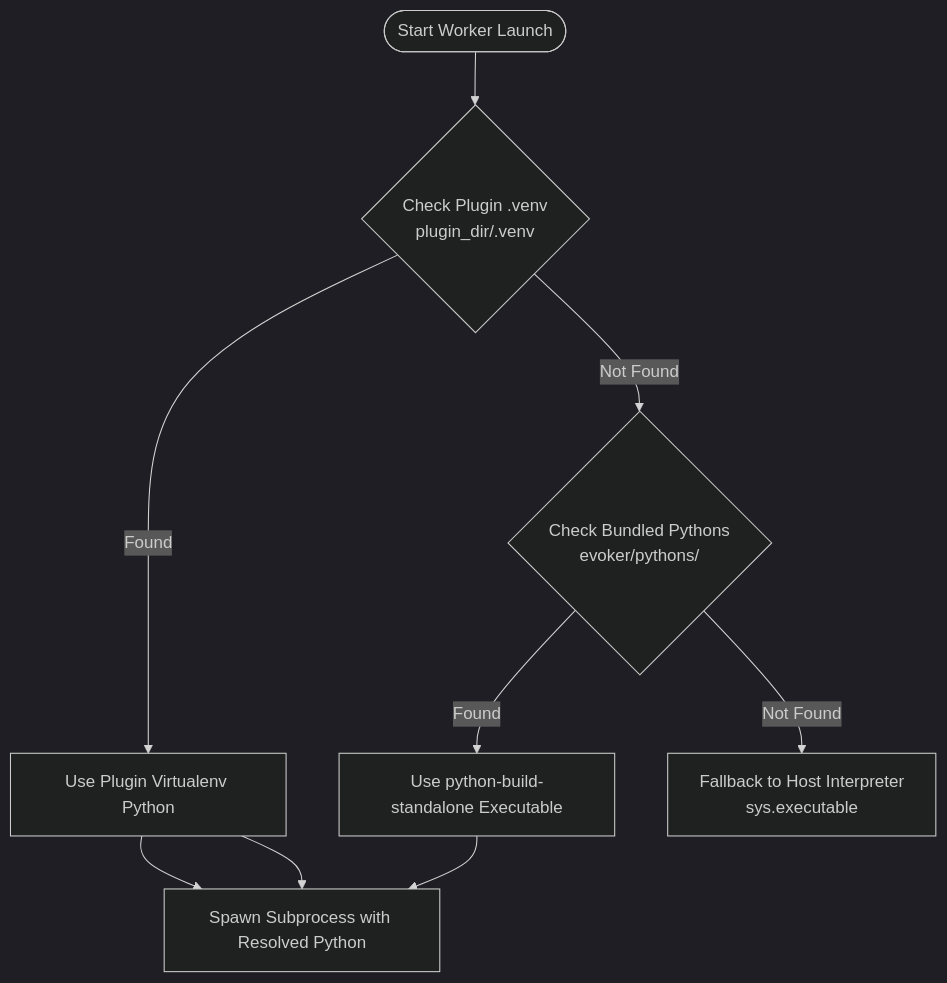
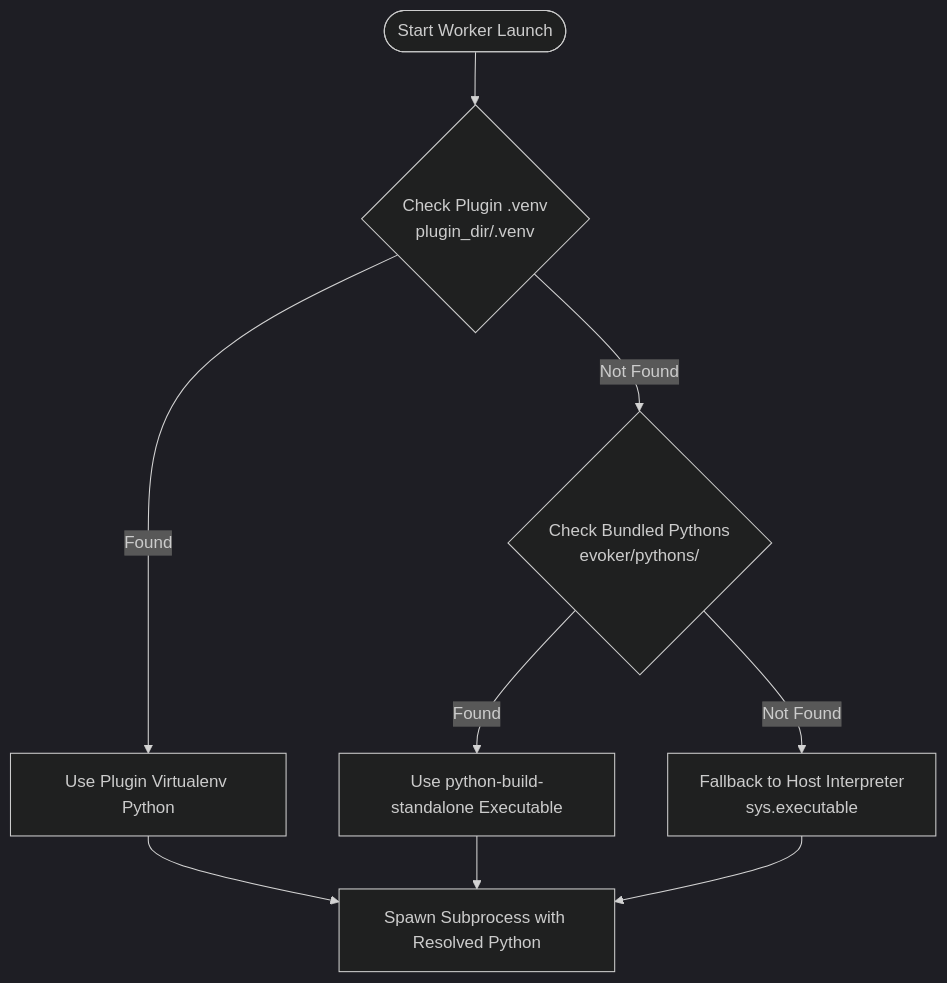
One commit to vxlk/evoker changed the third of 4 diagrams in doc/docs/architecture/overview.md. Above: the diagram before and after it, drawn with Mermaid (dark theme). The commit also changed other lines of this file and 3 other files, not shown here.

Commit message:
Fix EV-73, EV-75, EV-87: Fix broken badges and diagrams, add linting/coverage/release to CI workflow

````diff
--- a/doc/docs/architecture/overview.md
+++ b/doc/docs/architecture/overview.md
@@ -119,12 +119,12 @@
 ```mermaid
 graph TD
     Start([Start Worker Launch]) --> Tier1{Check Plugin .venv<br/>plugin_dir/.venv}
     Tier1 -- "Found" --> UseVenv[Use Plugin Virtualenv Python]
     Tier1 -- "Not Found" --> Tier2{Check Bundled Pythons<br/>evoker/pythons/}
     Tier2 -- "Found" --> UseBundled[Use python-build-standalone Executable]
     Tier2 -- "Not Found" --> Tier3[Fallback to Host Interpreter<br/>sys.executable]
 
     UseVenv --> LaunchSubprocess[Spawn Subprocess with Resolved Python]
     UseBundled --> LaunchSubprocess
-    UseVenv --> LaunchSubprocess
+    Tier3 --> LaunchSubprocess
 ```
````
